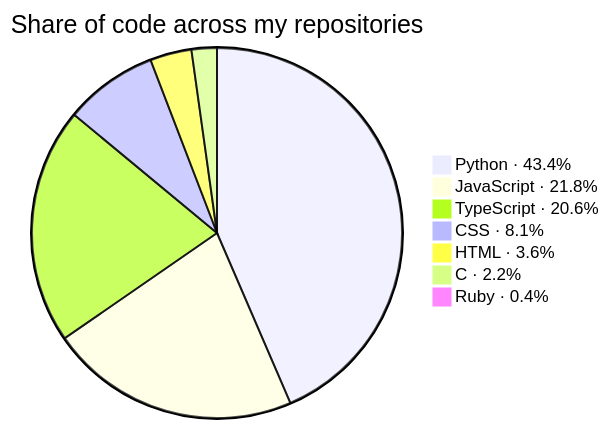
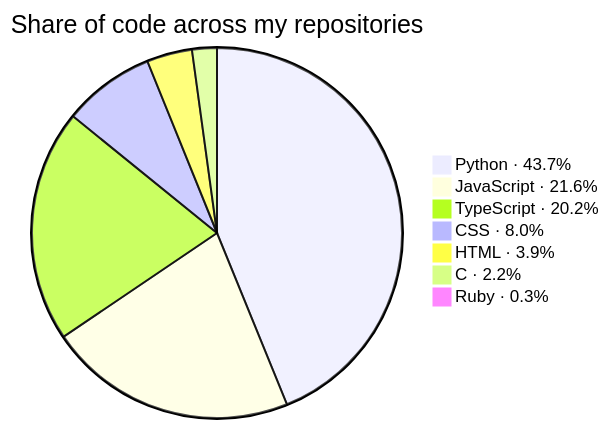
The second of 3 diagrams in README.md (KathFK1234/KathFK1234), drawn with Mermaid before and after one commit. The commit also changed other lines of this file and 6 other files, not shown here.

````diff
--- a/README.md
+++ b/README.md
@@ -109,11 +109,11 @@
 ```mermaid
 %%{init: {"themeVariables": {"pieSectionTextSize": "0px"}}}%%
 pie title Share of code across my repositories
-    "Python · 43.4%" : 1234.7
-    "JavaScript · 21.8%" : 620.2
-    "TypeScript · 20.6%" : 585.4
-    "CSS · 8.1%" : 231.5
-    "HTML · 3.6%" : 102.8
+    "Python · 43.7%" : 1268.6
+    "JavaScript · 21.6%" : 628.1
+    "TypeScript · 20.2%" : 587.8
+    "CSS · 8.0%" : 232.3
+    "HTML · 3.9%" : 114.6
     "C · 2.2%" : 62.7
-    "Ruby · 0.4%" : 10.1
+    "Ruby · 0.3%" : 10.1
 ```
````
